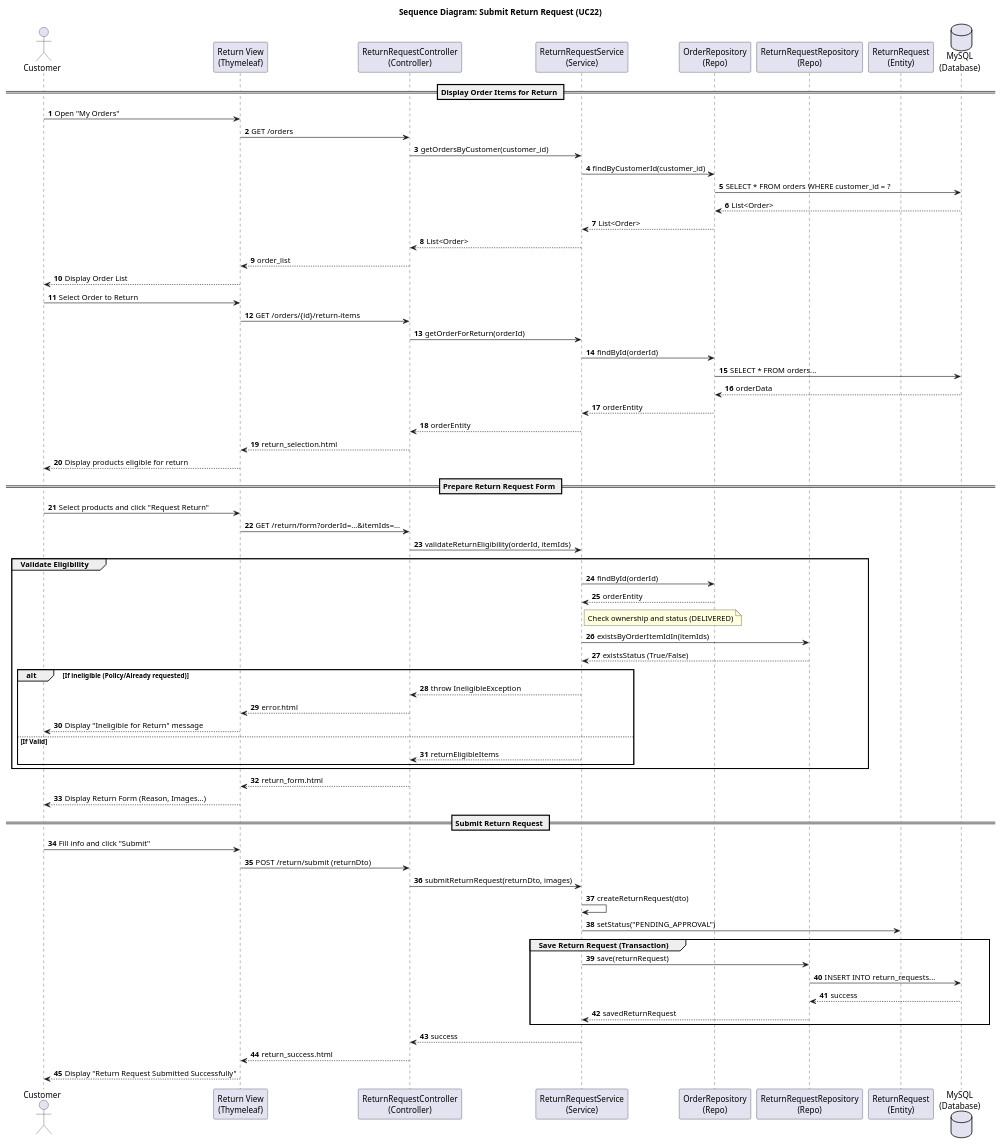
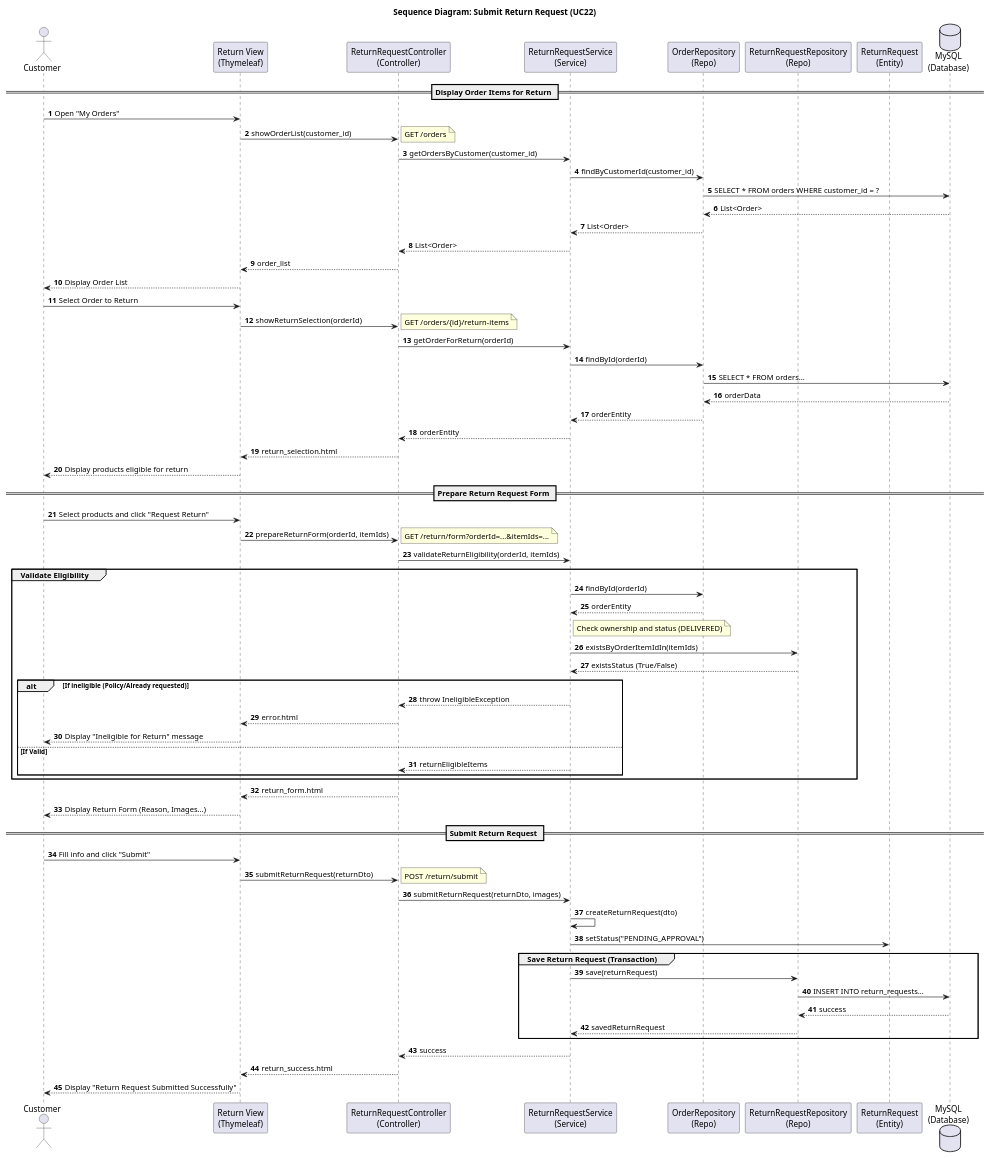
One commit to Peterdir/fashion-store-system changed the diagram in src/main/java/org/example/fashionstoresystem/uml/Sequence/SD22_SubmitReturnRequest.puml. Above: the diagram before and after it, drawn with PlantUML. The commit also changed 13 other files, not shown here.

Commit message:
Implement Class Diagram and Update Sequence Diagram

```diff
--- a/src/main/java/org/example/fashionstoresystem/uml/Sequence/SD22_SubmitReturnRequest.puml
+++ b/src/main/java/org/example/fashionstoresystem/uml/Sequence/SD22_SubmitReturnRequest.puml
@@ -1,84 +1,88 @@
 @startuml
 title Sequence Diagram: Submit Return Request (UC22)
 
 autonumber
 actor Customer
 participant "Return View\n(Thymeleaf)" as View
 participant "ReturnRequestController\n(Controller)" as Controller
 participant "ReturnRequestService\n(Service)" as Service
 participant "OrderRepository\n(Repo)" as OrderRepo
 participant "ReturnRequestRepository\n(Repo)" as ReturnRepo
 participant "ReturnRequest\n(Entity)" as Entity
 database "MySQL\n(Database)" as DB
 
 == Display Order Items for Return ==
 
 Customer -> View : Open "My Orders"
-View -> Controller : GET /orders
+View -> Controller : showOrderList(customer_id)
+note right: GET /orders
 Controller -> Service : getOrdersByCustomer(customer_id)
 Service -> OrderRepo : findByCustomerId(customer_id)
 OrderRepo -> DB : SELECT * FROM orders WHERE customer_id = ?
 DB --> OrderRepo : List<Order>
 OrderRepo --> Service : List<Order>
 Service --> Controller : List<Order>
 Controller --> View : order_list
 View --> Customer : Display Order List
 
 Customer -> View : Select Order to Return
-View -> Controller : GET /orders/{id}/return-items
+View -> Controller : showReturnSelection(orderId)
+note right: GET /orders/{id}/return-items
 Controller -> Service : getOrderForReturn(orderId)
 Service -> OrderRepo : findById(orderId)
 OrderRepo -> DB : SELECT * FROM orders...
 DB --> OrderRepo : orderData
 OrderRepo --> Service : orderEntity
 Service --> Controller : orderEntity
 Controller --> View : return_selection.html
 View --> Customer : Display products eligible for return
 
 == Prepare Return Request Form ==
 Customer -> View : Select products and click "Request Return"
-View -> Controller : GET /return/form?orderId=...&itemIds=...
+View -> Controller : prepareReturnForm(orderId, itemIds)
+note right: GET /return/form?orderId=...&itemIds=...
 Controller -> Service : validateReturnEligibility(orderId, itemIds)
 
 group Validate Eligibility
     Service -> OrderRepo : findById(orderId)
     OrderRepo --> Service : orderEntity
     
     Note right of Service: Check ownership and status (DELIVERED)
 
     ' Kiểm tra đã có yêu cầu hoàn trả cho các sản phẩm trước đó chưa
     Service -> ReturnRepo : existsByOrderItemIdIn(itemIds)
     ReturnRepo --> Service : existsStatus (True/False)
     
     alt If ineligible (Policy/Already requested)
         Service --> Controller : throw IneligibleException
         Controller --> View : error.html
         View --> Customer : Display "Ineligible for Return" message
     else If Valid
         Service --> Controller : returnEligibleItems
     end
 end
 
 Controller --> View : return_form.html
 View --> Customer : Display Return Form (Reason, Images...)
 
 == Submit Return Request ==
 Customer -> View : Fill info and click "Submit"
-View -> Controller : POST /return/submit (returnDto)
+View -> Controller : submitReturnRequest(returnDto)
+note right: POST /return/submit
 Controller -> Service : submitReturnRequest(returnDto, images)
 
 Service -> Service : createReturnRequest(dto)
 Service -> Entity : setStatus("PENDING_APPROVAL")
 
 group Save Return Request (Transaction)
     Service -> ReturnRepo : save(returnRequest)
     ReturnRepo -> DB : INSERT INTO return_requests...
     DB --> ReturnRepo : success
     ReturnRepo --> Service : savedReturnRequest
 end
 
 Service --> Controller : success
 Controller --> View : return_success.html
 View --> Customer : Display "Return Request Submitted Successfully"
 
 @enduml
```
